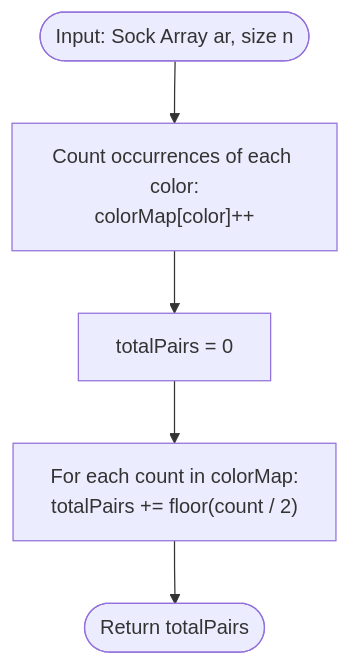
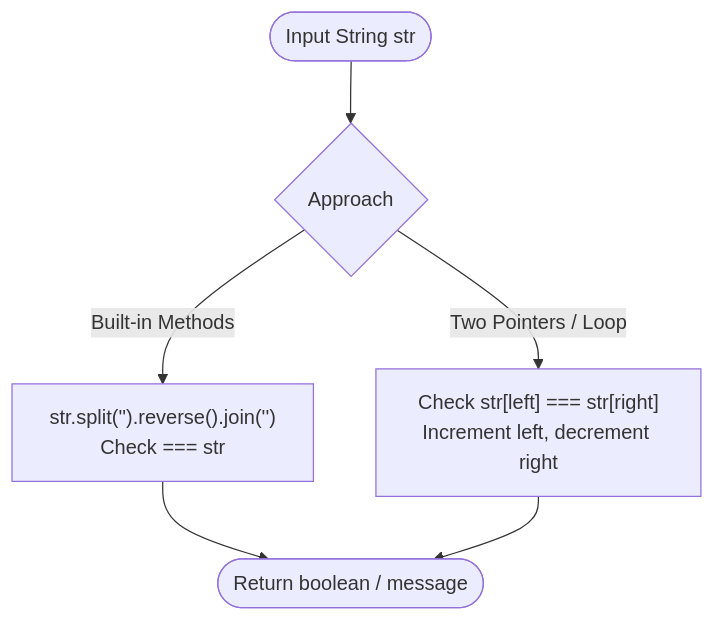
Before and after one commit to JyotiPrakashMallick/interview_prep: the first of 2 diagrams in README.md, drawn with Mermaid. The commit also changed other lines of this file and 22 other files, not shown here.

````diff
--- a/README.md
+++ b/README.md
@@ -234,7 +179,8 @@
 ```mermaid
 flowchart TD
-    Start([Input: Sock Array ar, size n]) --> Map["Count occurrences of each color:<br/>colorMap[color]++"]
-    Map --> Sum["totalPairs = 0"]
-    Sum --> Loop["For each count in colorMap:<br/>totalPairs += floor(count / 2)"]
-    Loop --> Output([Return totalPairs])
+    Start([Input String str]) --> ChooseApproach{Approach}
+    ChooseApproach -->|Built-in Methods| BuiltIn["str.split('').reverse().join('')<br/>Check === str"]
+    ChooseApproach -->|Two Pointers / Loop| TwoPtr["Check str[left] === str[right]<br/>Increment left, decrement right"]
+    BuiltIn --> Result([Return boolean / message])
+    TwoPtr --> Result
 ```
````
